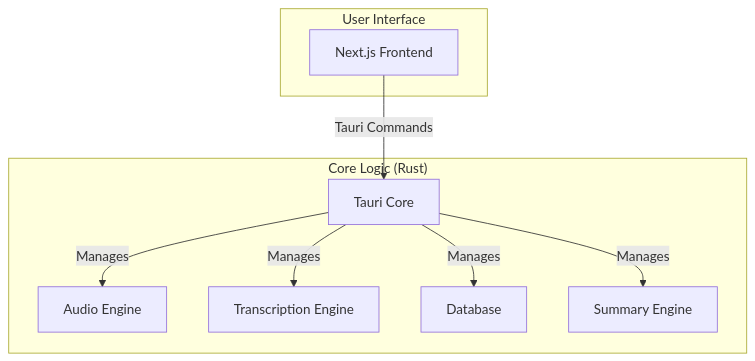
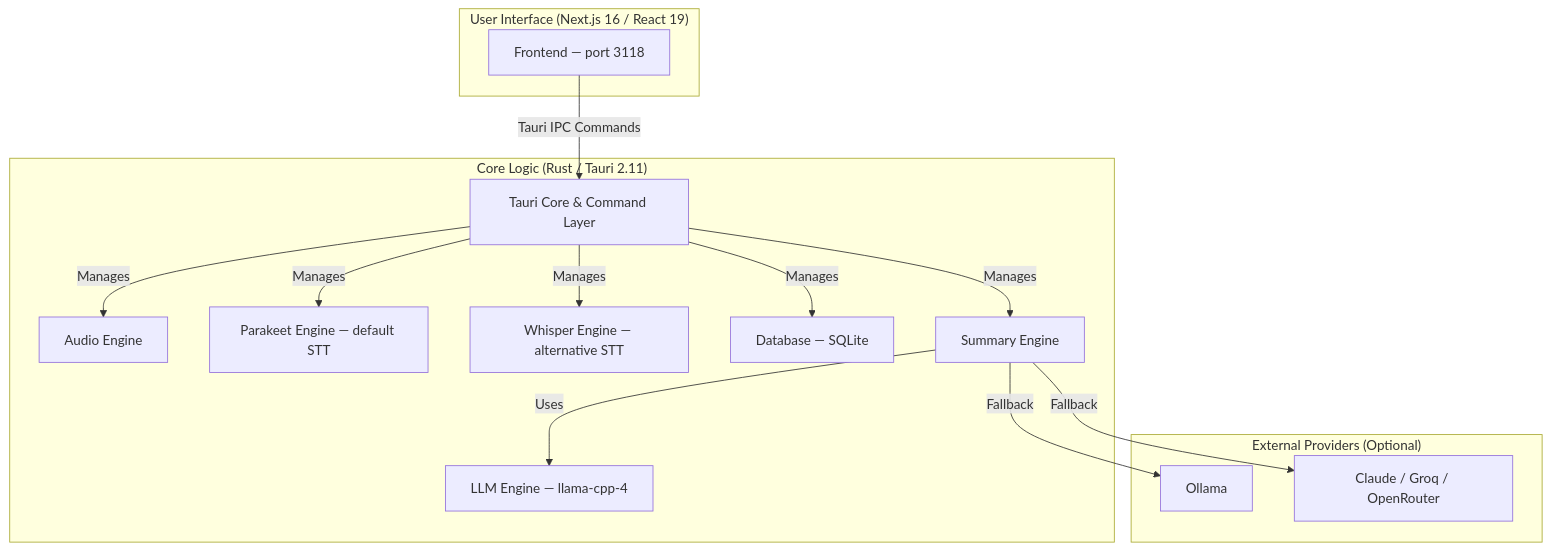
The diagram in docs/architecture.md (kanishka-namdeo/Twin), drawn with Mermaid before and after one commit. The commit also changed other lines of this file and 67 other files, not shown here.

````diff
--- a/docs/architecture.md
+++ b/docs/architecture.md
@@ -7,20 +19,32 @@
 ```mermaid
 graph TD
-    subgraph User Interface
-        A[Next.js Frontend]
+    subgraph "User Interface (Next.js 16 / React 19)"
+        A[Frontend — port 3118]
     end
 
-    subgraph "Core Logic (Rust)"
-        B[Tauri Core]
+    subgraph "Core Logic (Rust / Tauri 2.11)"
+        B[Tauri Core & Command Layer]
         C[Audio Engine]
-        D[Transcription Engine]
-        E[Database]
+        D1[Parakeet Engine — default STT]
+        D2[Whisper Engine — alternative STT]
+        E[Database — SQLite]
         F[Summary Engine]
+        G[LLM Engine — llama-cpp-4]
     end
 
-    A -- Tauri Commands --> B
+    A -- Tauri IPC Commands --> B
     B -- Manages --> C
-    B -- Manages --> D
+    B -- Manages --> D1
+    B -- Manages --> D2
     B -- Manages --> E
     B -- Manages --> F
+    F -- Uses --> G
+
+    subgraph "External Providers (Optional)"
+        H[Ollama]
+        I[Claude / Groq / OpenRouter]
+    end
+
+    F -- Fallback --> H
+    F -- Fallback --> I
 ```
````
